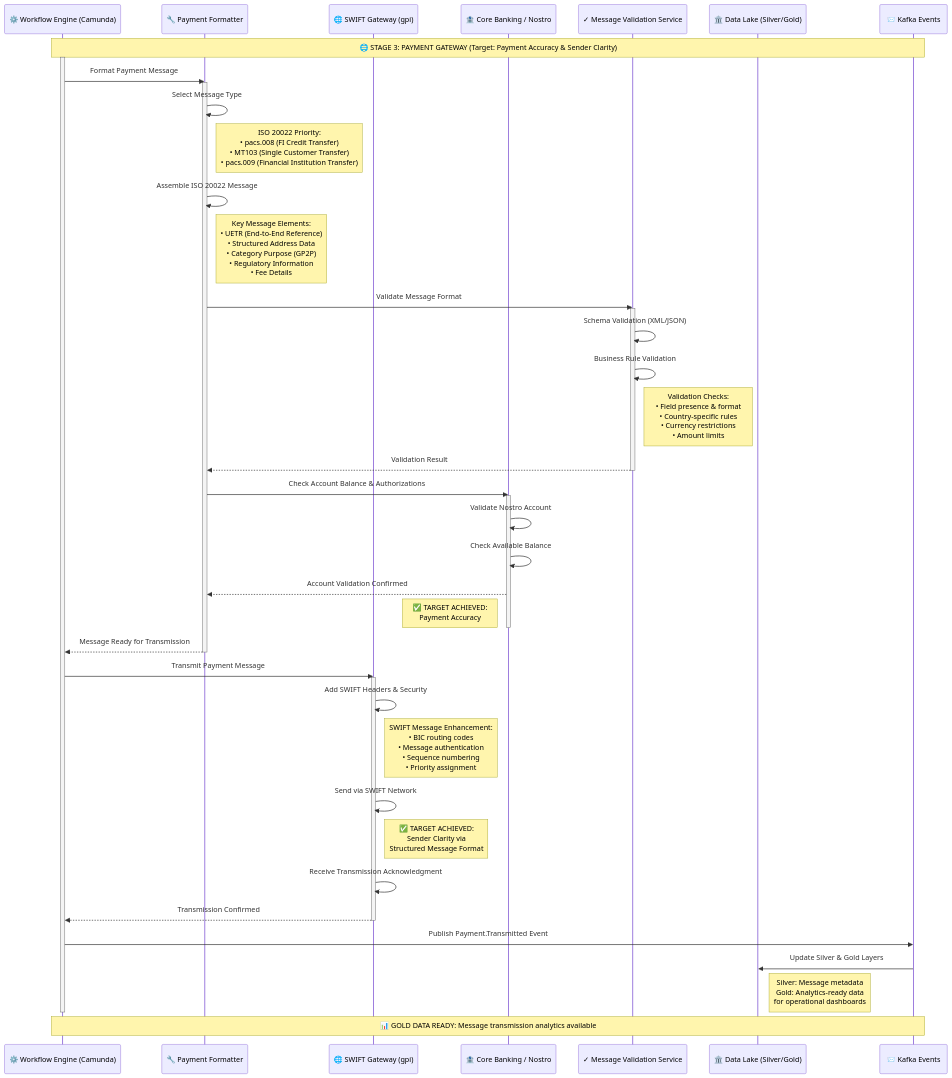
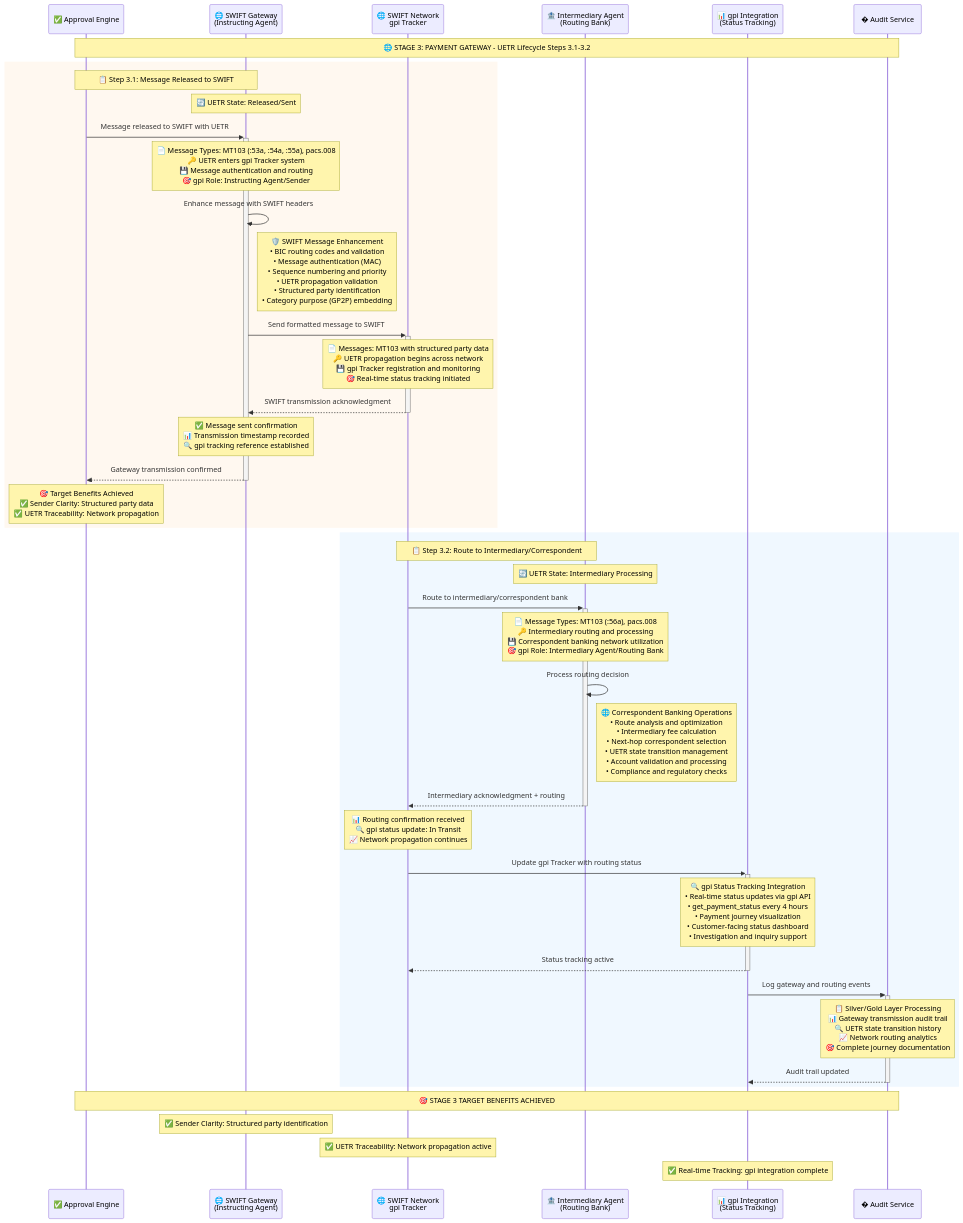
Before and after one commit to calvinlee999/react_next_java_journey: the diagram in docs/sequence-diagrams/stage3-payment-gateway.md, drawn with Mermaid. The commit also changed other lines of this file and 6 other files, not shown here.

````diff
--- a/docs/sequence-diagrams/stage3-payment-gateway.md
+++ b/docs/sequence-diagrams/stage3-payment-gateway.md
@@ -4,67 +4,59 @@
 ```mermaid
 sequenceDiagram
-    participant WorkflowEngine as ⚙️ Workflow Engine (Camunda)
-    participant PaymentFormatter as 🔧 Payment Formatter
-    participant SWIFTGateway as 🌐 SWIFT Gateway (gpi)
-    participant CoreBanking as 🏦 Core Banking / Nostro
-    participant ValidationSvc as ✓ Message Validation Service
-    participant DataLake as 🏛️ Data Lake (Silver/Gold)
-    participant KafkaEvents as 📨 Kafka Events
+    participant ApprovalEngine as ✅ Approval Engine
+    participant SWIFTGateway as 🌐 SWIFT Gateway<br/>(Instructing Agent)
+    participant SWIFTNetwork as 🌐 SWIFT Network<br/>gpi Tracker
+    participant IntermediaryAgent as 🏦 Intermediary Agent<br/>(Routing Bank)
+    participant gpiIntegration as 📊 gpi Integration<br/>(Status Tracking)
+    participant AuditService as � Audit Service
 
-    Note over WorkflowEngine, KafkaEvents: 🌐 STAGE 3: PAYMENT GATEWAY (Target: Payment Accuracy & Sender Clarity)
+    Note over ApprovalEngine, AuditService: 🌐 STAGE 3: PAYMENT GATEWAY - UETR Lifecycle Steps 3.1-3.2
 
-    %% Process Step 1: Message Formatting
-    activate WorkflowEngine
-    WorkflowEngine->>PaymentFormatter: Format Payment Message
-    activate PaymentFormatter
-    PaymentFormatter->>PaymentFormatter: Select Message Type
-    Note right of PaymentFormatter: ISO 20022 Priority:<br/>• pacs.008 (FI Credit Transfer)<br/>• MT103 (Single Customer Transfer)<br/>• pacs.009 (Financial Institution Transfer)
+    rect rgb(255, 248, 240)
+        Note over ApprovalEngine, SWIFTGateway: 📋 Step 3.1: Message Released to SWIFT
+        Note over SWIFTGateway: 🔄 UETR State: Released/Sent
+        
+        ApprovalEngine->>+SWIFTGateway: Message released to SWIFT with UETR
+        Note over SWIFTGateway: 📄 Message Types: MT103 (:53a, :54a, :55a), pacs.008<br/>🔑 UETR enters gpi Tracker system<br/>💾 Message authentication and routing<br/>🎯 gpi Role: Instructing Agent/Sender
+        
+        SWIFTGateway->>SWIFTGateway: Enhance message with SWIFT headers
+        Note right of SWIFTGateway: 🛡️ SWIFT Message Enhancement<br/>• BIC routing codes and validation<br/>• Message authentication (MAC)<br/>• Sequence numbering and priority<br/>• UETR propagation validation<br/>• Structured party identification<br/>• Category purpose (GP2P) embedding
+        
+        SWIFTGateway->>+SWIFTNetwork: Send formatted message to SWIFT
+        Note over SWIFTNetwork: 📄 Messages: MT103 with structured party data<br/>🔑 UETR propagation begins across network<br/>💾 gpi Tracker registration and monitoring<br/>🎯 Real-time status tracking initiated
+        
+        SWIFTNetwork-->>-SWIFTGateway: SWIFT transmission acknowledgment
+        Note over SWIFTGateway: ✅ Message sent confirmation<br/>📊 Transmission timestamp recorded<br/>🔍 gpi tracking reference established
+        
+        SWIFTGateway-->>-ApprovalEngine: Gateway transmission confirmed
+        Note over ApprovalEngine: 🎯 Target Benefits Achieved<br/>✅ Sender Clarity: Structured party data<br/>✅ UETR Traceability: Network propagation
+    end
 
-    %% Process Step 2: ISO 20022 Message Assembly
-    PaymentFormatter->>PaymentFormatter: Assemble ISO 20022 Message
-    Note right of PaymentFormatter: Key Message Elements:<br/>• UETR (End-to-End Reference)<br/>• Structured Address Data<br/>• Category Purpose (GP2P)<br/>• Regulatory Information<br/>• Fee Details
+    rect rgb(240, 248, 255)
+        Note over SWIFTNetwork, IntermediaryAgent: 📋 Step 3.2: Route to Intermediary/Correspondent
+        Note over IntermediaryAgent: 🔄 UETR State: Intermediary Processing
+        
+        SWIFTNetwork->>+IntermediaryAgent: Route to intermediary/correspondent bank
+        Note over IntermediaryAgent: 📄 Message Types: MT103 (:56a), pacs.008<br/>🔑 Intermediary routing and processing<br/>💾 Correspondent banking network utilization<br/>🎯 gpi Role: Intermediary Agent/Routing Bank
+        
+        IntermediaryAgent->>IntermediaryAgent: Process routing decision
+        Note right of IntermediaryAgent: 🌐 Correspondent Banking Operations<br/>• Route analysis and optimization<br/>• Intermediary fee calculation<br/>• Next-hop correspondent selection<br/>• UETR state transition management<br/>• Account validation and processing<br/>• Compliance and regulatory checks
+        
+        IntermediaryAgent-->>-SWIFTNetwork: Intermediary acknowledgment + routing
+        Note over SWIFTNetwork: 📊 Routing confirmation received<br/>🔍 gpi status update: In Transit<br/>📈 Network propagation continues
+        
+        SWIFTNetwork->>+gpiIntegration: Update gpi Tracker with routing status
+        Note over gpiIntegration: 🔍 gpi Status Tracking Integration<br/>• Real-time status updates via gpi API<br/>• get_payment_status every 4 hours<br/>• Payment journey visualization<br/>• Customer-facing status dashboard<br/>• Investigation and inquiry support
+        gpiIntegration-->>-SWIFTNetwork: Status tracking active
+        
+        gpiIntegration->>+AuditService: Log gateway and routing events
+        Note over AuditService: 📋 Silver/Gold Layer Processing<br/>📊 Gateway transmission audit trail<br/>🔍 UETR state transition history<br/>📈 Network routing analytics<br/>🎯 Complete journey documentation
+        AuditService-->>-gpiIntegration: Audit trail updated
+    end
 
-    %% Process Step 3: Message Validation
-    PaymentFormatter->>ValidationSvc: Validate Message Format
-    activate ValidationSvc
-    ValidationSvc->>ValidationSvc: Schema Validation (XML/JSON)
-    ValidationSvc->>ValidationSvc: Business Rule Validation
-    Note right of ValidationSvc: Validation Checks:<br/>• Field presence & format<br/>• Country-specific rules<br/>• Currency restrictions<br/>• Amount limits
-    ValidationSvc-->>PaymentFormatter: Validation Result
-    deactivate ValidationSvc
-
-    %% Process Step 4: Core Banking Integration
-    PaymentFormatter->>CoreBanking: Check Account Balance & Authorizations
-    activate CoreBanking
-    CoreBanking->>CoreBanking: Validate Nostro Account
-    CoreBanking->>CoreBanking: Check Available Balance
-    CoreBanking-->>PaymentFormatter: Account Validation Confirmed
-    Note left of CoreBanking: ✅ TARGET ACHIEVED:<br/>Payment Accuracy
-    deactivate CoreBanking
-
-    %% Process Step 5: SWIFT Message Transmission
-    PaymentFormatter-->>WorkflowEngine: Message Ready for Transmission
-    deactivate PaymentFormatter
-    WorkflowEngine->>SWIFTGateway: Transmit Payment Message
-    activate SWIFTGateway
-    SWIFTGateway->>SWIFTGateway: Add SWIFT Headers & Security
-    Note right of SWIFTGateway: SWIFT Message Enhancement:<br/>• BIC routing codes<br/>• Message authentication<br/>• Sequence numbering<br/>• Priority assignment
-
-    %% Process Step 6: Network Transmission
-    SWIFTGateway->>SWIFTGateway: Send via SWIFT Network
-    Note right of SWIFTGateway: ✅ TARGET ACHIEVED:<br/>Sender Clarity via<br/>Structured Message Format
-
-    %% Process Step 7: Transmission Confirmation
-    SWIFTGateway->>SWIFTGateway: Receive Transmission Acknowledgment
-    SWIFTGateway-->>WorkflowEngine: Transmission Confirmed
-    deactivate SWIFTGateway
-
-    %% Process Step 8: Data Pipeline Update
-    WorkflowEngine->>KafkaEvents: Publish Payment.Transmitted Event
-    KafkaEvents->>DataLake: Update Silver & Gold Layers
-    Note right of DataLake: Silver: Message metadata<br/>Gold: Analytics-ready data<br/>for operational dashboards
-    deactivate WorkflowEngine
-
-    Note over WorkflowEngine, KafkaEvents: 📊 GOLD DATA READY: Message transmission analytics available
+    Note over ApprovalEngine, AuditService: 🎯 STAGE 3 TARGET BENEFITS ACHIEVED
+    Note over SWIFTGateway: ✅ Sender Clarity: Structured party identification
+    Note over SWIFTNetwork: ✅ UETR Traceability: Network propagation active
+    Note over gpiIntegration: ✅ Real-time Tracking: gpi integration complete
 
 ```
````
